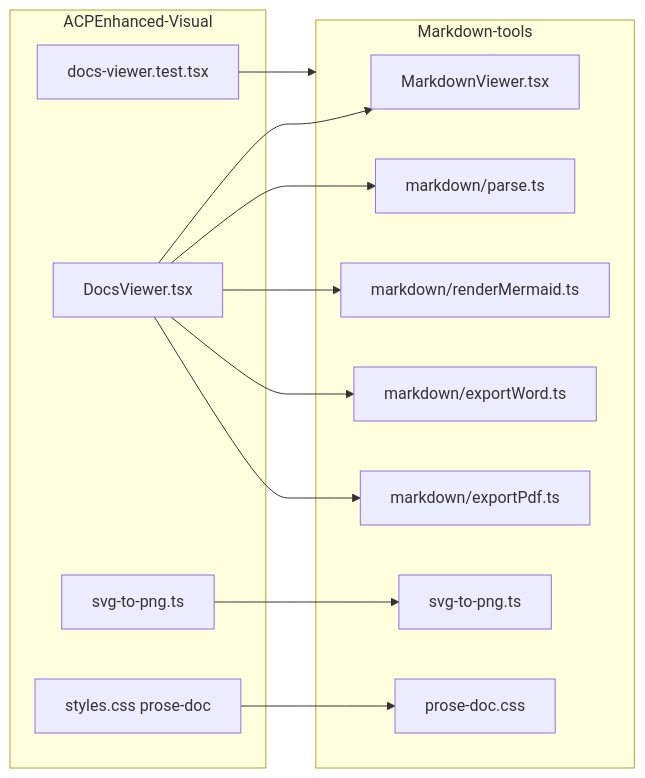
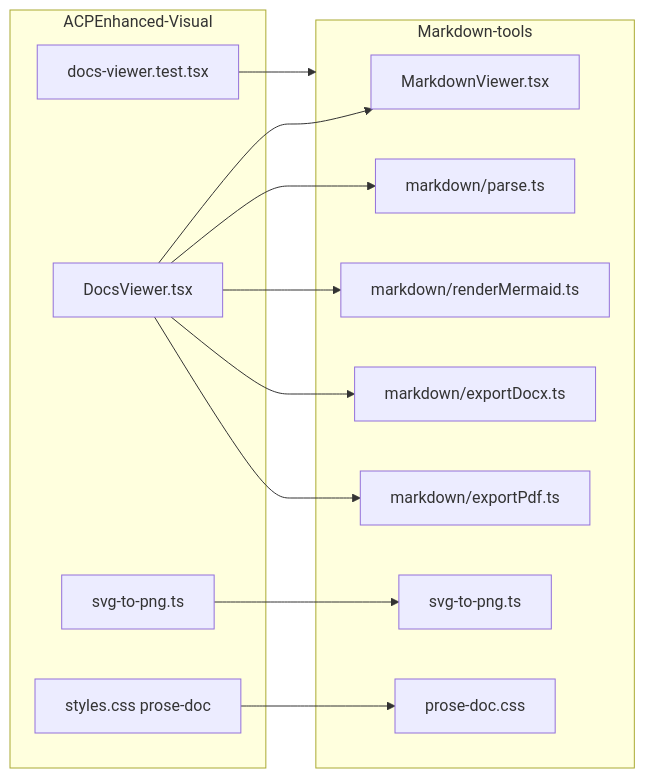
One commit to ssucipto/Markdown-tools changed the first of 2 diagrams in agent/design/requirements.md. Above: the diagram before and after it, drawn with Mermaid. The commit also changed other lines of this file and 26 other files, not shown here.

First line of the commit message:
feat(export): add DOCX inline formatting, lists, blockquotes, and image aspect ratio

````diff
--- a/agent/design/requirements.md
+++ b/agent/design/requirements.md
@@ -741,26 +728,26 @@
 ```mermaid
 flowchart LR
   subgraph source [ACPEnhanced-Visual]
     DV[DocsViewer.tsx]
     PNG[svg-to-png.ts]
     CSS[styles.css prose-doc]
     TEST[docs-viewer.test.tsx]
   end
   subgraph target [Markdown-tools]
     MV[MarkdownViewer.tsx]
     PARSE[markdown/parse.ts]
     MER[markdown/renderMermaid.ts]
-    EW[markdown/exportWord.ts]
+    ED[markdown/exportDocx.ts]
     EP[markdown/exportPdf.ts]
     LIB[svg-to-png.ts]
     STYLES[prose-doc.css]
   end
   DV --> MV
   DV --> PARSE
   DV --> MER
-  DV --> EW
+  DV --> ED
   DV --> EP
   PNG --> LIB
   CSS --> STYLES
   TEST --> target
 ```
````
